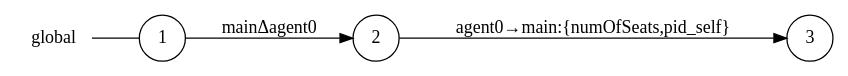
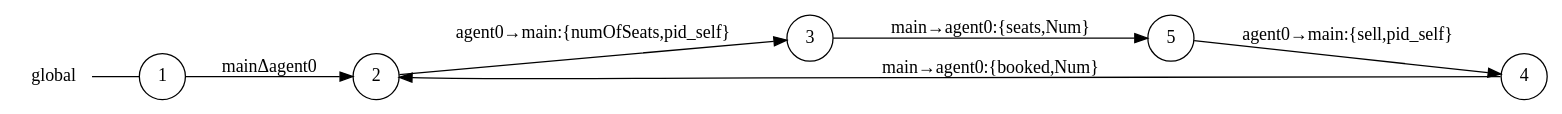
One commit to gabrielegenovese/chorer changed the diagram in examples/airline/main_global_view.dot. Above: the diagram before and after it, drawn with Graphviz. The commit also changed 8 other files, not shown here.

```diff
--- a/examples/airline/main_global_view.dot
+++ b/examples/airline/main_global_view.dot
@@ -1,11 +1,16 @@
 digraph global {
 	rankdir="LR";
 	n_0 [label="global", shape="plaintext"];
-	n_1 [id="1", shape=circle, label="1"];
-	n_0 -> n_1 [arrowhead=none];
-	n_2 [id="2", shape=circle, label="2"];
-	n_3 [id="3", shape=circle, label="3"];
+	n_1 [id="5", shape=circle, label="5"];
+	n_2 [id="1", shape=circle, label="1"];
+	n_0 -> n_2 [arrowhead=none];
+	n_3 [id="2", shape=circle, label="2"];
+	n_4 [id="4", shape=circle, label="4"];
+	n_5 [id="3", shape=circle, label="3"];
 
-	n_1 -> n_2 [id="[$e|0]", label="mainΔagent0"];
-	n_2 -> n_3 [id="[$e|1]", label="agent0→main:{numOfSeats,pid_self}"];
+	n_4 -> n_3 [id="[$e|2]", label="main→agent0:{booked,Num}"];
+	n_5 -> n_1 [id="[$e|0]", label="main→agent0:{seats,Num}"];
+	n_1 -> n_4 [id="[$e|1]", label="agent0→main:{sell,pid_self}"];
+	n_3 -> n_5 [id="[$e|3]", label="agent0→main:{numOfSeats,pid_self}"];
+	n_2 -> n_3 [id="[$e|4]", label="mainΔagent0"];
 }
```
